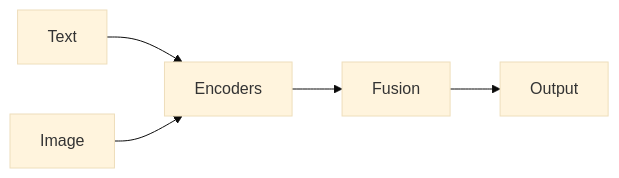
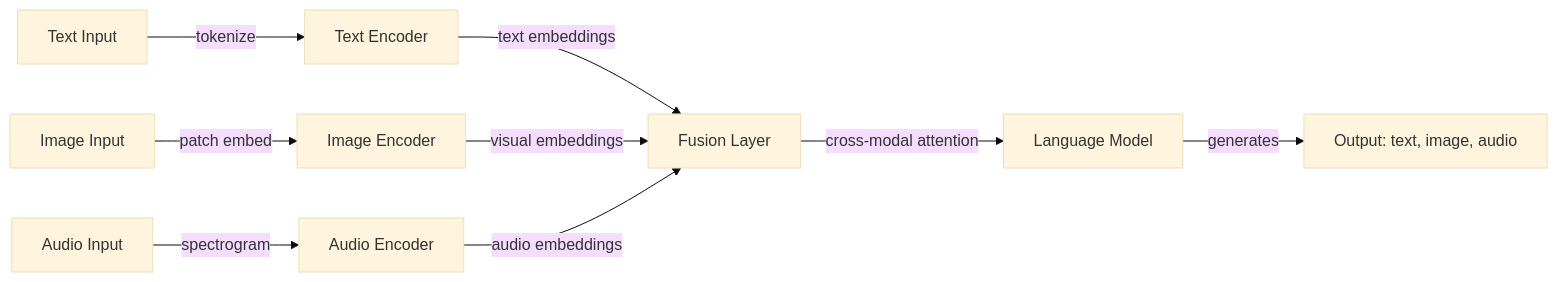
One commit to EmersonBraun/ai-summary-hub changed the diagram in docs/multimodal-ai/index.md. Above: the diagram before and after it, drawn with Mermaid (base theme). The commit also changed other lines of this file and 15 other files, not shown here.

````diff
--- a/docs/multimodal-ai/index.md
+++ b/docs/multimodal-ai/index.md
@@ -19,7 +25,11 @@
 ```mermaid
 flowchart LR
-  Text[Text] --> Encoders[Encoders]
-  Image[Image] --> Encoders
-  Encoders --> Fusion[Fusion]
-  Fusion --> Output[Output]
+  T[Text Input] -->|tokenize| TE[Text Encoder]
+  I[Image Input] -->|patch embed| IE[Image Encoder]
+  A[Audio Input] -->|spectrogram| AE[Audio Encoder]
+  TE -->|text embeddings| F[Fusion Layer]
+  IE -->|visual embeddings| F
+  AE -->|audio embeddings| F
+  F -->|cross-modal attention| LLM[Language Model]
+  LLM -->|generates| O[Output: text, image, audio]
 ```
````
